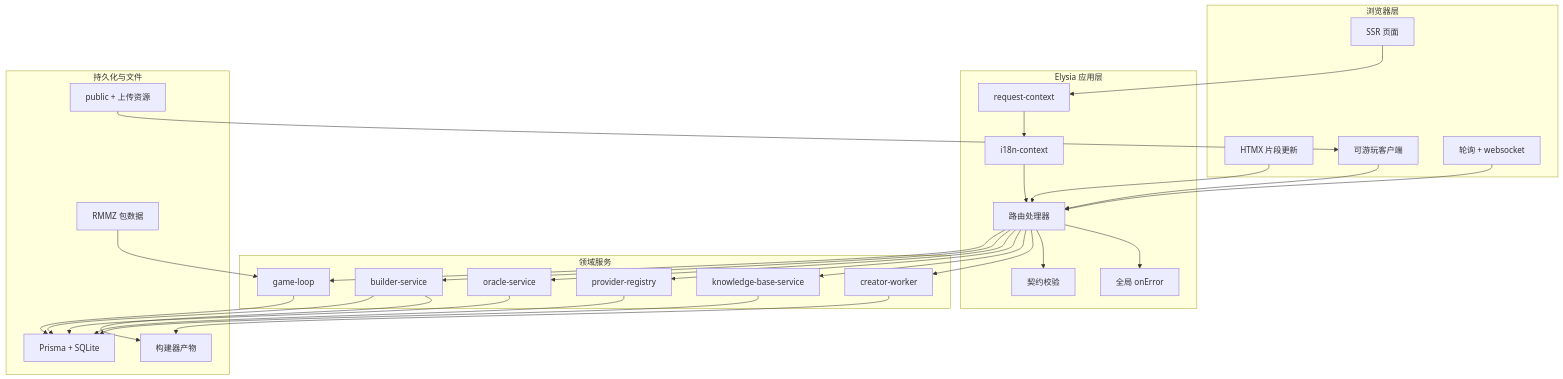
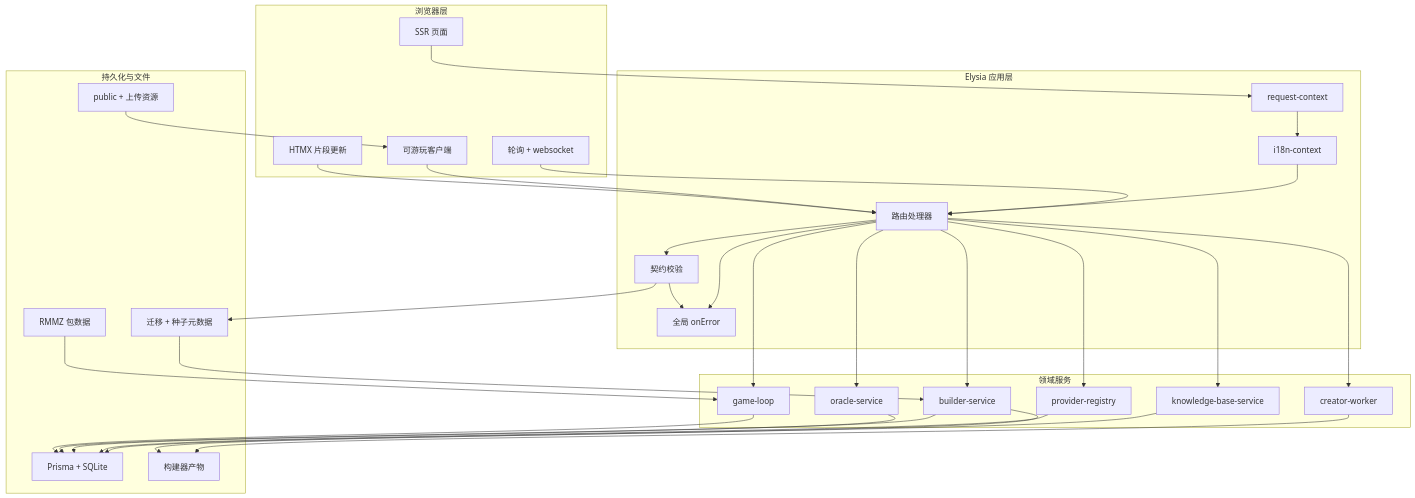
The second of 14 diagrams in README.md (d4551/tea), drawn with Mermaid before and after one commit. The commit also changed other lines of this file and 2 other files, not shown here.

````diff
--- a/README.md
+++ b/README.md
@@ -146,57 +170,60 @@
 ```mermaid
 flowchart TB
   subgraph 浏览器层["浏览器层"]
     B_Page["SSR 页面"]
     B_Frag["HTMX 片段更新"]
     B_Game["可游玩客户端"]
     B_Transport["轮询 + websocket"]
   end
 
   subgraph 应用层["Elysia 应用层"]
     A_Ctx["request-context"]
     A_I18n["i18n-context"]
     A_Route["路由处理器"]
     A_Contract["契约校验"]
     A_Error["全局 onError"]
   end
 
   subgraph 领域层["领域服务"]
     D_Game["game-loop"]
     D_Builder["builder-service"]
     D_Oracle["oracle-service"]
     D_AI["provider-registry"]
     D_Knowledge["knowledge-base-service"]
     D_Worker["creator-worker"]
   end
 
   subgraph 持久化与文件["持久化与文件"]
     P_DB["Prisma + SQLite"]
     P_Assets["public + 上传资源"]
     P_Artifacts["构建器产物"]
     P_Pack["RMMZ 包数据"]
+    P_Audit["迁移 + 种子元数据"]
   end
 
   B_Page --> A_Ctx
   B_Frag --> A_Route
   B_Game --> A_Route
   B_Transport --> A_Route
   A_Ctx --> A_I18n --> A_Route
   A_Route --> D_Game
   A_Route --> D_Builder
   A_Route --> D_Oracle
   A_Route --> D_AI
   A_Route --> D_Knowledge
   A_Route --> D_Worker
   A_Route --> A_Contract
+  A_Contract --> A_Error
   A_Route --> A_Error
 
   D_Game --> P_DB
   D_Builder --> P_DB
   D_Builder --> P_Artifacts
   D_Oracle --> P_DB
   D_AI --> P_DB
   D_Knowledge --> P_DB
   D_Worker --> P_Artifacts
+  A_Contract --> P_Audit --> D_Builder
   P_Assets --> B_Game
   P_Pack --> D_Game
 ```
````
